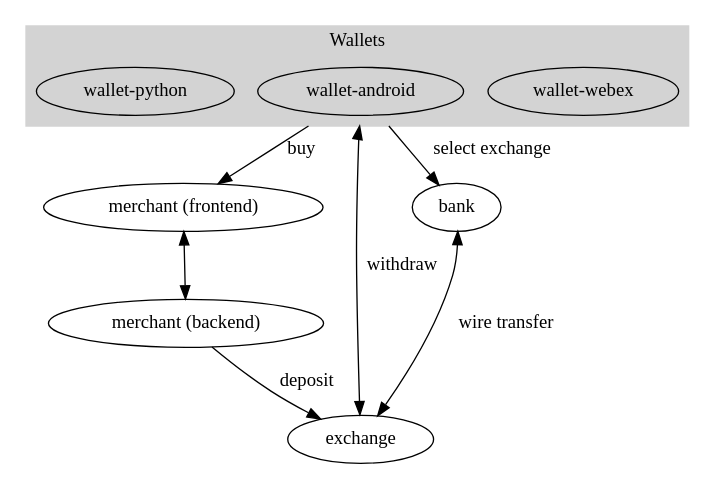
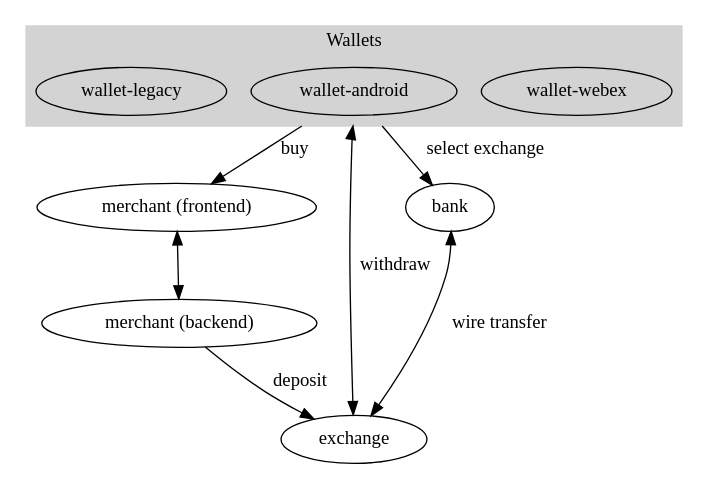
One commit to prototypefund/Digital_Bargeld-docs changed the diagram in diagram.dot. Above: the diagram before and after it, drawn with Graphviz.

Commit message:
call it legacy

```diff
--- a/diagram.dot
+++ b/diagram.dot
@@ -1,21 +1,21 @@
 digraph g {
 # size="800,800";
 compound=true;
 concatenate=true;
 subgraph cluster_wallet {
    style=filled;
    color=lightgrey;
    webex [label="wallet-webex"];
    android [label="wallet-android"];
-   legacy [label="wallet-python"];
+   legacy [label="wallet-legacy"];
    label="Wallets";
 }
 android -> merchant_frontend [label="buy", ltail=cluster_wallet];
 merchant_frontend -> merchant_backend [dir="both"];
 merchant_frontend [label="merchant (frontend)"];
 merchant_backend [label="merchant (backend)"];
 android -> exchange [label="withdraw", ltail=cluster_wallet, dir="both"];
 merchant_backend -> exchange [label="deposit"];
 android -> bank [label="select exchange", ltail=cluster_wallet];
 bank -> exchange [label="wire transfer", dir="both"];
 }
```
